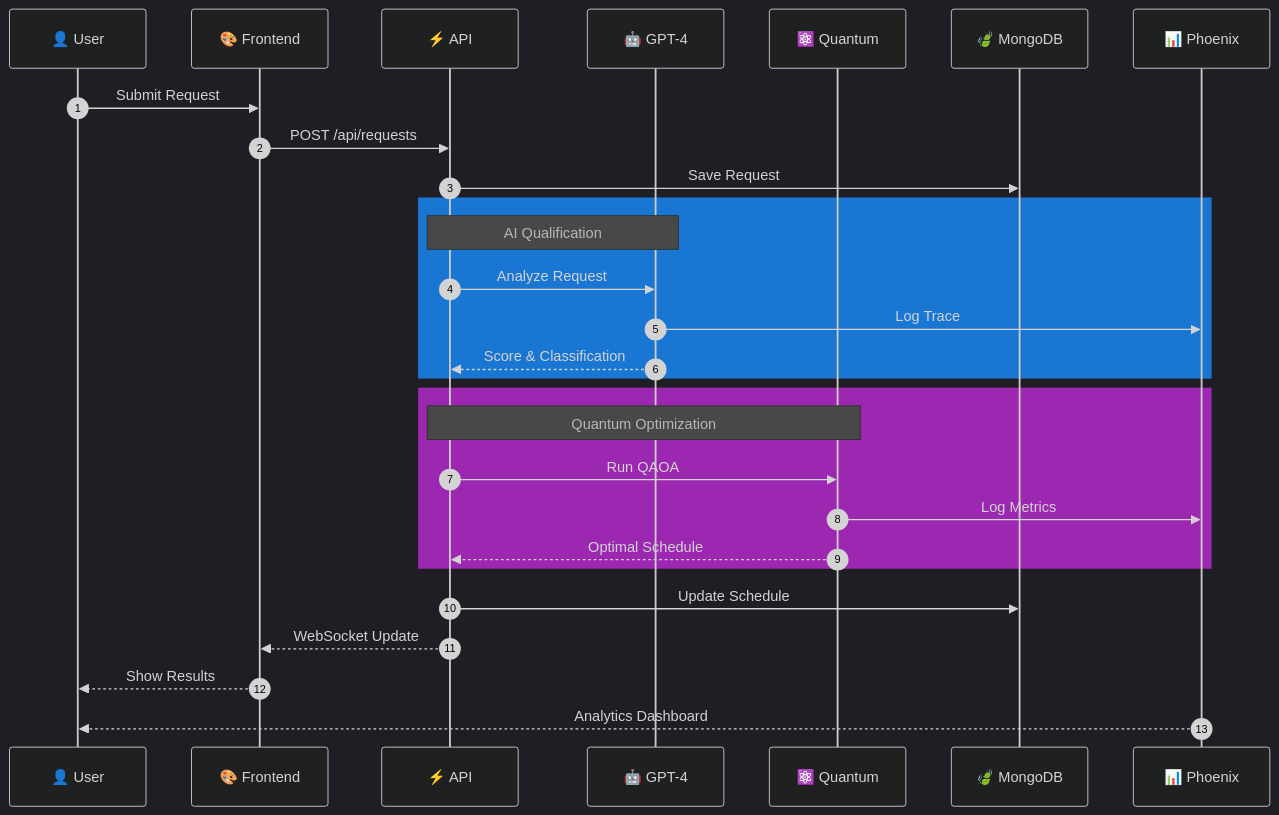
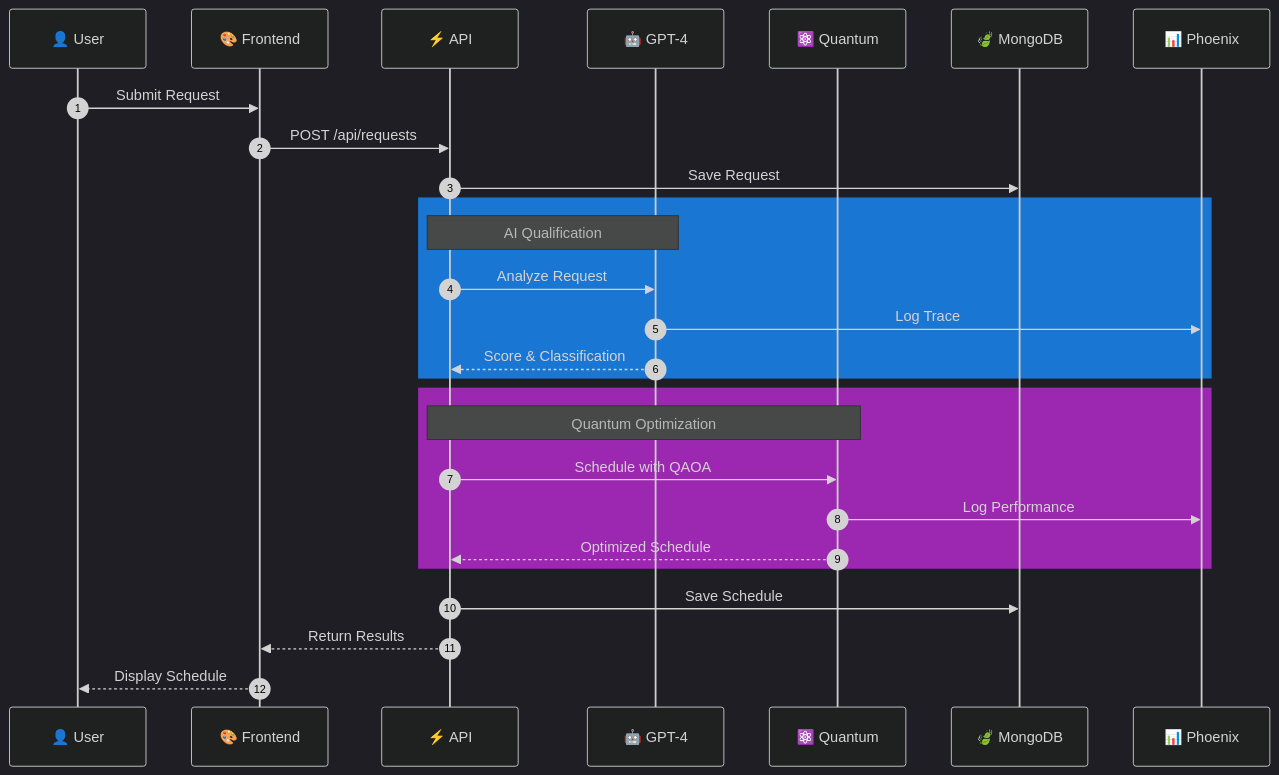
One commit to rjamoriz/World-congress-GenAI-and-Quantum-Boosted changed the eighth of 16 diagrams in README.md. Above: the diagram before and after it, drawn with Mermaid. The commit also changed other lines of this file, not shown here.

First line of the commit message:
📊 Add comprehensive Mermaid architecture diagrams to README

````diff
--- a/README.md
+++ b/README.md
@@ -110,36 +376,34 @@
 ```mermaid
 %%{init: {'theme':'dark'}}%%
 sequenceDiagram
     autonumber
     participant User as 👤 User
     participant UI as 🎨 Frontend
     participant API as ⚡ API
     participant AI as 🤖 GPT-4
     participant Q as ⚛️ Quantum
     participant DB as 🍃 MongoDB
     participant Phoenix as 📊 Phoenix
     
     User->>UI: Submit Request
     UI->>API: POST /api/requests
     API->>DB: Save Request
     
     rect rgb(25, 118, 210)
     Note over API,AI: AI Qualification
     API->>AI: Analyze Request
     AI->>Phoenix: Log Trace
     AI-->>API: Score & Classification
     end
     
     rect rgb(156, 39, 176)
     Note over API,Q: Quantum Optimization
-    API->>Q: Run QAOA
-    Q->>Phoenix: Log Metrics
-    Q-->>API: Optimal Schedule
+    API->>Q: Schedule with QAOA
+    Q->>Phoenix: Log Performance
+    Q-->>API: Optimized Schedule
     end
     
-    API->>DB: Update Schedule
-    API-->>UI: WebSocket Update
-    UI-->>User: Show Results
-    
-    Phoenix-->>User: Analytics Dashboard
+    API->>DB: Save Schedule
+    API-->>UI: Return Results
+    UI-->>User: Display Schedule
 ```
````
